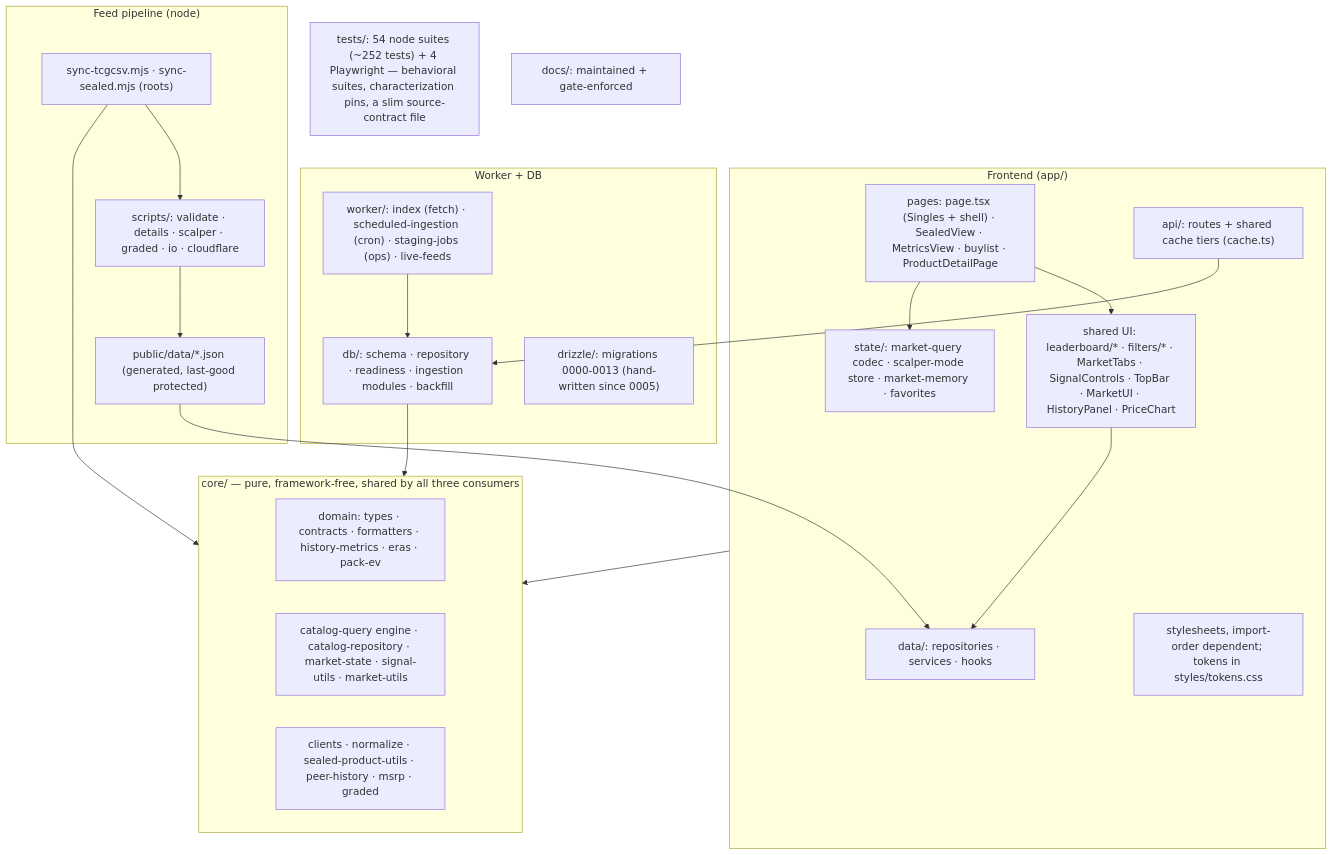
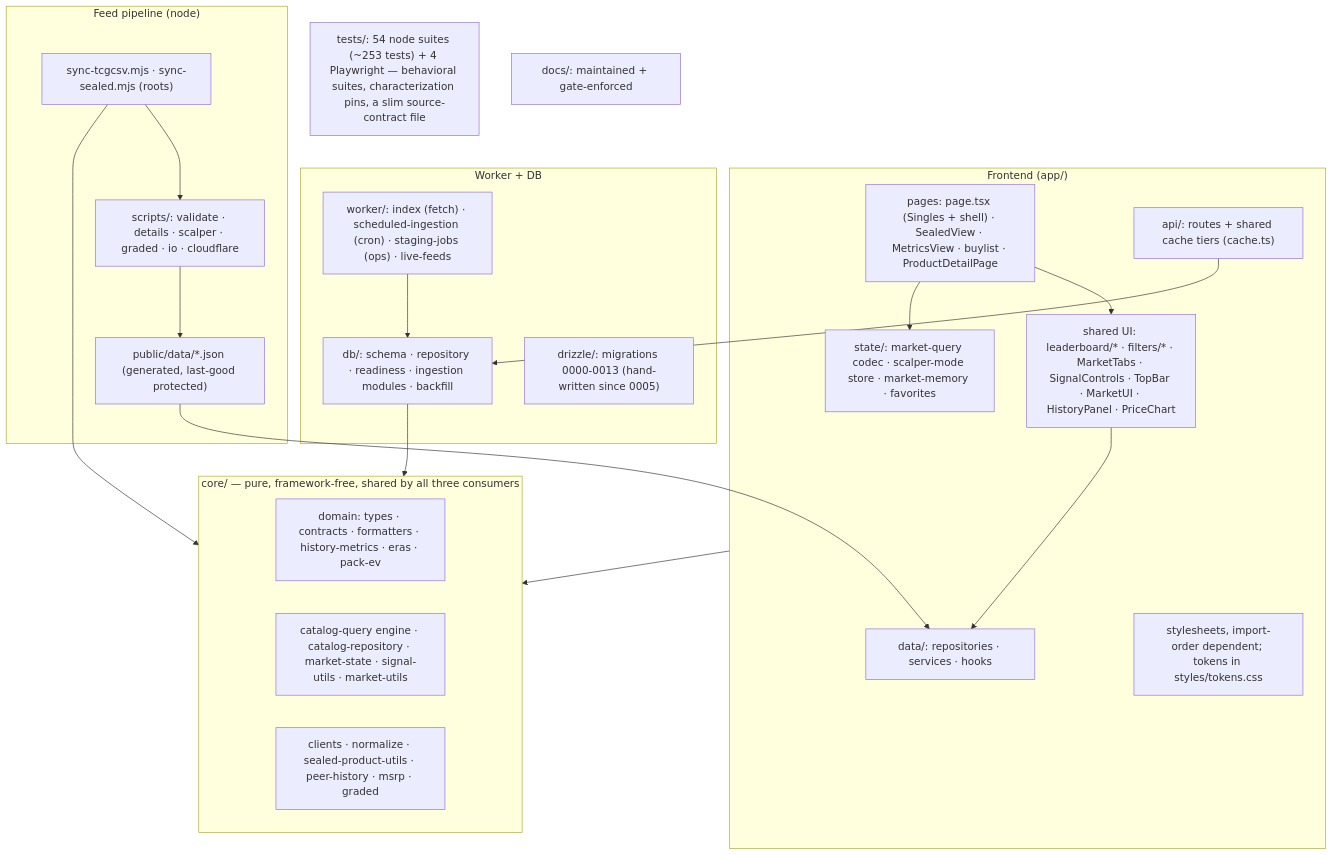
The first of 3 diagrams in docs/helicopter-view.md (cjord/rawsignal), drawn with Mermaid before and after one commit. The commit also changed other lines of this file and 7 other files, not shown here.

````diff
--- a/docs/helicopter-view.md
+++ b/docs/helicopter-view.md
@@ -19,38 +19,38 @@
 ```mermaid
 flowchart TB
   subgraph frontend["Frontend (app/)"]
     pages["pages: page.tsx (Singles + shell) · SealedView · MetricsView · buylist · ProductDetailPage"]
     prims["shared UI: leaderboard/* · filters/* · MarketTabs · SignalControls · TopBar · MarketUI · HistoryPanel · PriceChart"]
     state["state/: market-query codec · scalper-mode store · market-memory · favorites"]
     dataL["data/: repositories · services · hooks"]
     api["api/: routes + shared cache tiers (cache.ts)"]
     css["stylesheets, import-order dependent; tokens in styles/tokens.css"]
   end
   subgraph core["core/ — pure, framework-free, shared by all three consumers"]
     domain["domain: types · contracts · formatters · history-metrics · eras · pack-ev"]
     engine["catalog-query engine · catalog-repository · market-state · signal-utils · market-utils"]
     pipe["clients · normalize · sealed-product-utils · peer-history · msrp · graded"]
   end
   subgraph backend["Worker + DB"]
     worker["worker/: index (fetch) · scheduled-ingestion (cron) · staging-jobs (ops) · live-feeds"]
     db["db/: schema · repository · readiness · ingestion modules · backfill"]
     drizzle["drizzle/: migrations 0000-0013 (hand-written since 0005)"]
   end
   subgraph pipeline["Feed pipeline (node)"]
     sync["sync-tcgcsv.mjs · sync-sealed.mjs (roots)"]
     scripts["scripts/: validate · details · scalper · graded · io · cloudflare"]
     feeds["public/data/*.json (generated, last-good protected)"]
   end
-  tests["tests/: 54 node suites (~252 tests) + 4 Playwright — behavioral suites, characterization pins, a slim source-contract file"]
+  tests["tests/: 54 node suites (~253 tests) + 4 Playwright — behavioral suites, characterization pins, a slim source-contract file"]
   docs["docs/: maintained + gate-enforced"]
 
   pages --> prims --> dataL
   pages --> state
   frontend --> core
   api --> db
   worker --> db
   db --> core
   sync --> scripts --> feeds
   sync --> core
   feeds --> dataL
 ```
````
